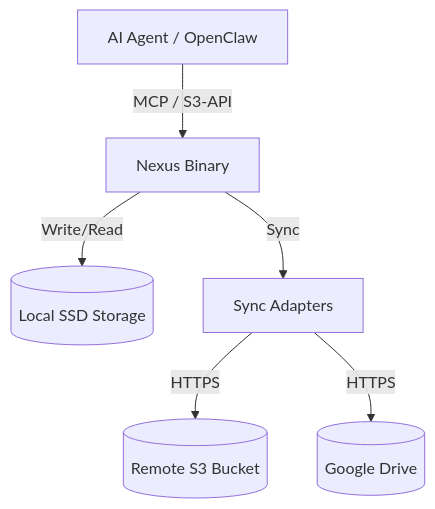
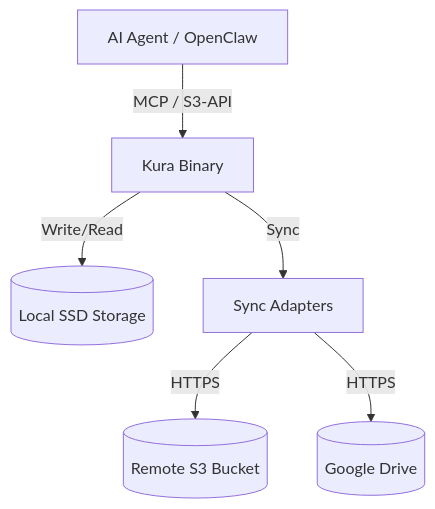
Before and after one commit to kagi-labs/kura: the diagram in docs/ARCHITECTURE.md, drawn with Mermaid. The commit also changed other lines of this file and 1 other file, not shown here.

Commit message:
Rename Project Nexus to Project Kura 🏯 (The Storehouse)

````diff
--- a/docs/ARCHITECTURE.md
+++ b/docs/ARCHITECTURE.md
@@ -6,8 +6,8 @@
 ```mermaid
 graph TD
-    Agent[AI Agent / OpenClaw] -->|MCP / S3-API| Nexus[Nexus Binary]
-    Nexus -->|Write/Read| LocalSSD[(Local SSD Storage)]
-    Nexus -->|Sync| Adapter[Sync Adapters]
+    Agent[AI Agent / OpenClaw] -->|MCP / S3-API| Kura[Kura Binary]
+    Kura -->|Write/Read| LocalSSD[(Local SSD Storage)]
+    Kura -->|Sync| Adapter[Sync Adapters]
     Adapter -->|HTTPS| S3[(Remote S3 Bucket)]
     Adapter -->|HTTPS| GDrive[(Google Drive)]
 ```
````
